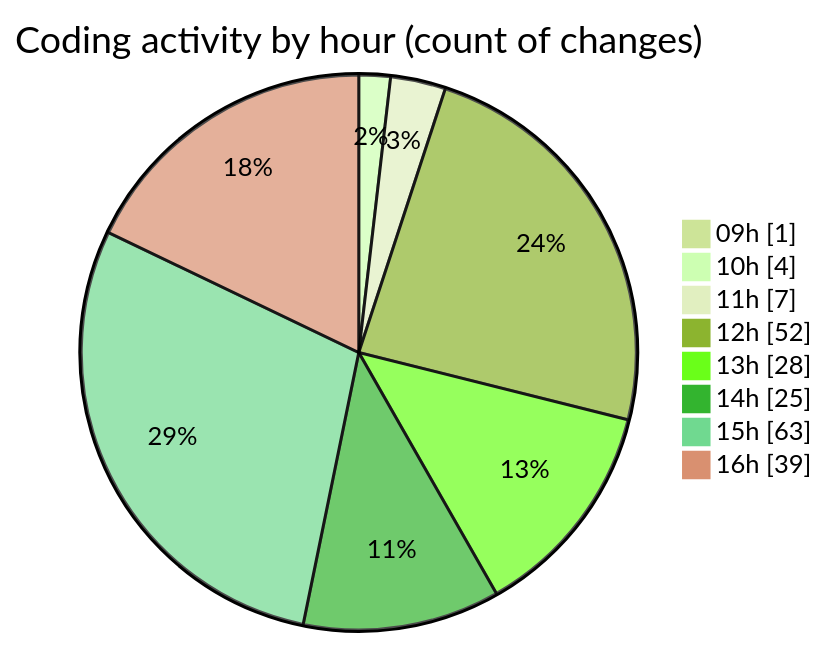
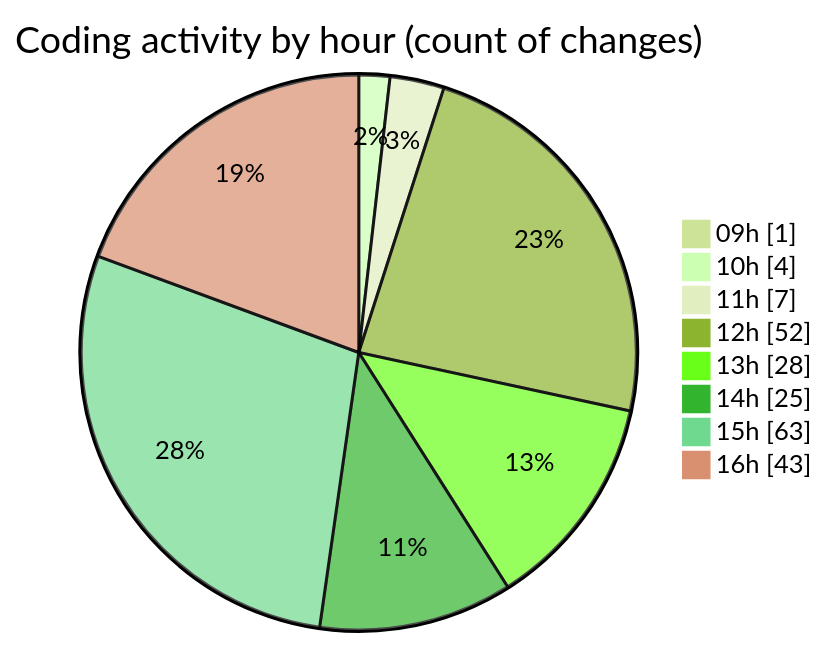
Before and after one commit to momahboobian/code-tracking: the second of 2 diagrams in 2025-04-07/cda/README.md, drawn with Mermaid (forest theme). The commit also changed other lines of this file and 1 other file, not shown here.

````diff
--- a/2025-04-07/cda/README.md
+++ b/2025-04-07/cda/README.md
@@ -40,12 +40,12 @@
 ```mermaid
 pie showData
 title Coding activity by hour (count of changes)
 "09h" : 1
 "10h" : 4
 "11h" : 7
 "12h" : 52
 "13h" : 28
 "14h" : 25
 "15h" : 63
-"16h" : 39
+"16h" : 43
 ```
````
